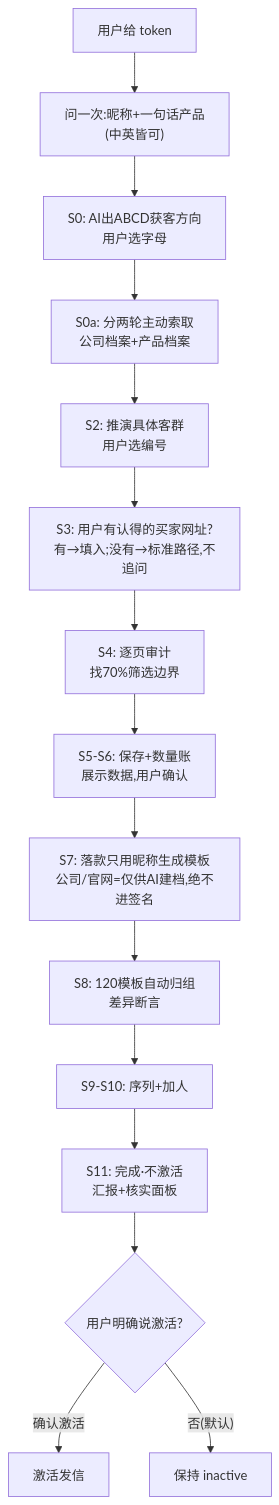
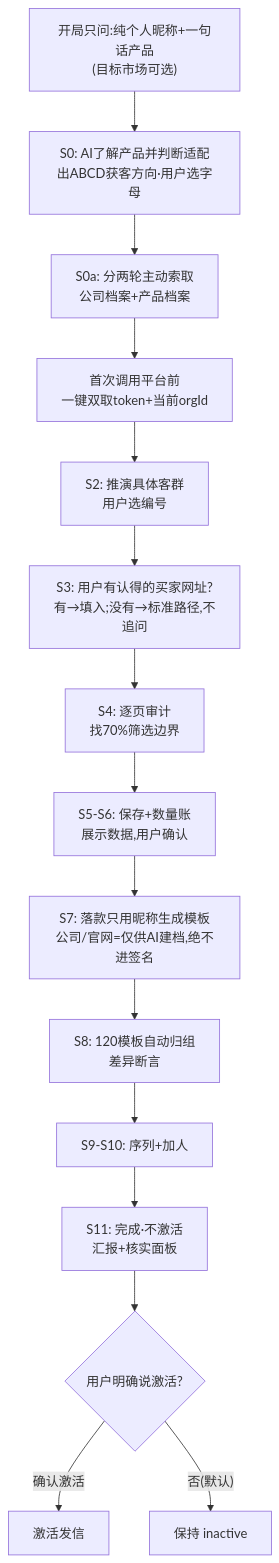
One commit to tony-apan/laifaxin-b2b-sales changed the diagram in SKILL.md. Above: the diagram before and after it, drawn with Mermaid. The commit also changed other lines of this file and 18 other files, not shown here.

````diff
--- a/SKILL.md
+++ b/SKILL.md
@@ -25,17 +25,17 @@
 ```mermaid
 flowchart TD
-    T["用户给 token"] --> N["问一次:昵称+一句话产品<br/>(中英皆可)"]
-    N --> S0["S0: AI出ABCD获客方向<br/>用户选字母"]
+    N["开局只问:纯个人昵称+一句话产品<br/>(目标市场可选)"] --> S0["S0: AI了解产品并判断适配<br/>出ABCD获客方向·用户选字母"]
     S0 --> S0A["S0a: 分两轮主动索取<br/>公司档案+产品档案"]
-    S0A --> S2["S2: 推演具体客群<br/>用户选编号"]
+    S0A --> T["首次调用平台前<br/>一键双取token+当前orgId"]
+    T --> S2["S2: 推演具体客群<br/>用户选编号"]
     S2 --> S3["S3: 用户有认得的买家网址?<br/>有→填入;没有→标准路径,不追问"]
     S3 --> S4["S4: 逐页审计<br/>找70%筛选边界"]
     S4 --> S5["S5-S6: 保存+数量账<br/>展示数据,用户确认"]
     S5 --> S7["S7: 落款只用昵称生成模板<br/>公司/官网=仅供AI建档,绝不进签名"]
     S7 --> S8["S8: 120模板自动归组<br/>差异断言"]
     S8 --> S9["S9-S10: 序列+加人"]
     S9 --> S11["S11: 完成·不激活<br/>汇报+核实面板"]
     S11 --> S12{"用户明确说激活?"}
     S12 -- "确认激活" --> ACT["激活发信"]
     S12 -- "否(默认)" --> WAIT["保持 inactive"]
 ```
````
